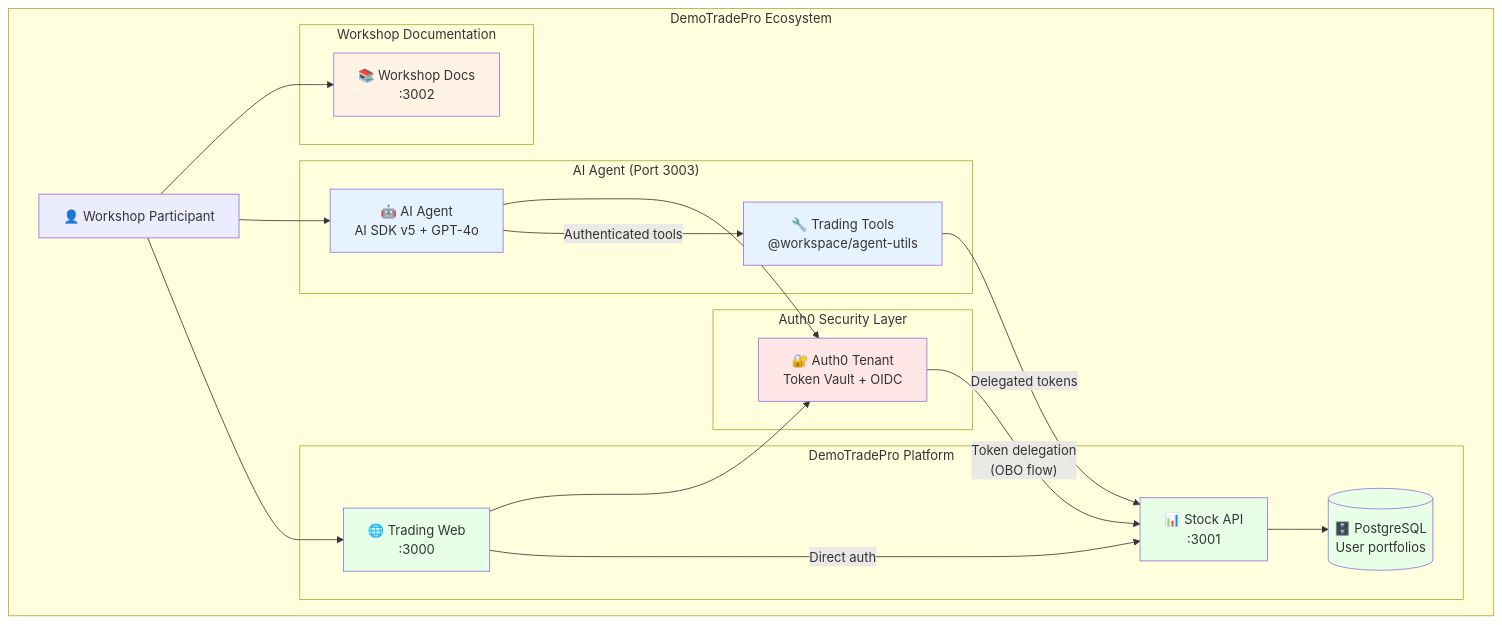
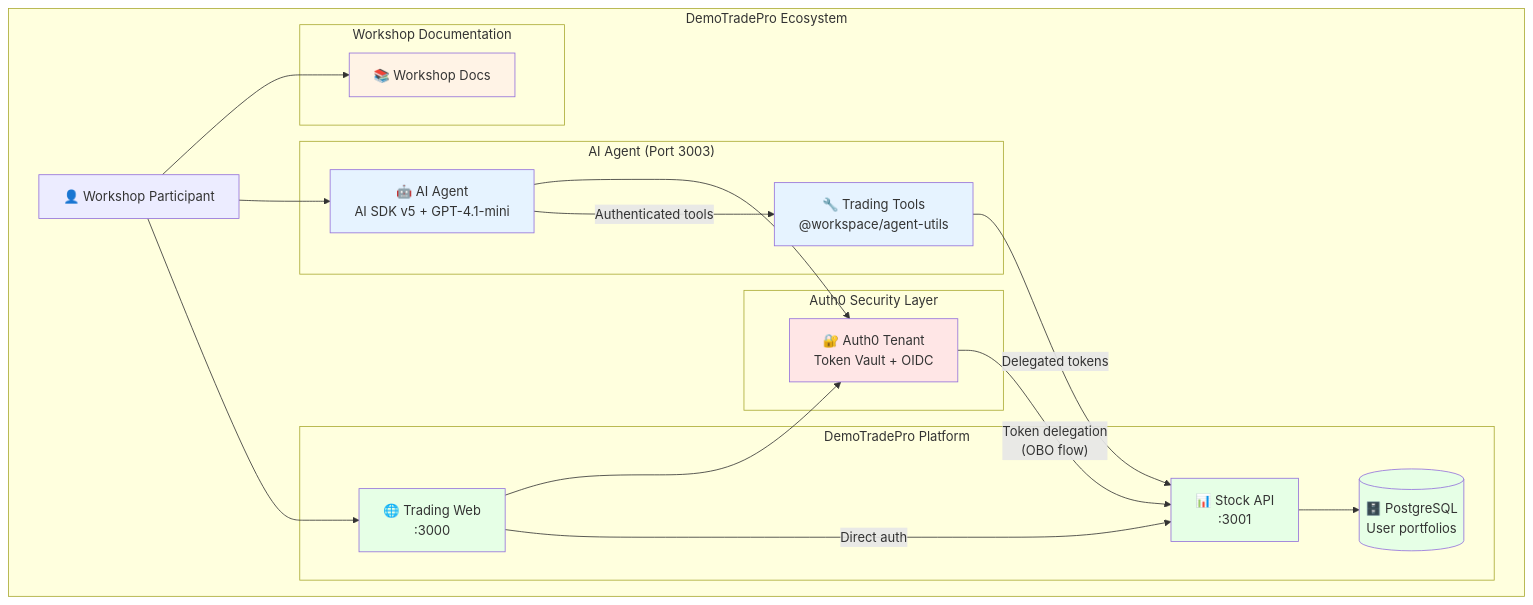
Before and after one commit to priley86/demo-trade-pro-public: the diagram in apps/docs/app/page.mdx, drawn with Mermaid. The commit also changed other lines of this file and 13 other files, not shown here.

````diff
--- a/apps/docs/app/page.mdx
+++ b/apps/docs/app/page.mdx
@@ -9,49 +42,49 @@
 ```mermaid
 graph TB
     subgraph "DemoTradePro Ecosystem"
         User[👤 Workshop Participant]
         
         subgraph "Auth0 Security Layer"
             Auth0[🔐 Auth0 Tenant<br/>Token Vault + OIDC]
         end
         
         subgraph "AI Agent (Port 3003)"
-            Agent[🤖 AI Agent<br/>AI SDK v5 + GPT-4o]
+            Agent[🤖 AI Agent<br/>AI SDK v5 + GPT-4.1-mini]
             Tools[🔧 Trading Tools<br/>@workspace/agent-utils]
         end
         
         subgraph "DemoTradePro Platform"
             Web[🌐 Trading Web<br/>:3000]
             API[📊 Stock API<br/>:3001]
             DB[(🗄️ PostgreSQL<br/>User portfolios)]
         end
         
         subgraph "Workshop Documentation"
-            Docs[📚 Workshop Docs<br/>:3002]
+            Docs[📚 Workshop Docs]
         end
     end
     
     User --> Docs
     User --> Agent
     User --> Web
     
     Agent --> Auth0
     Web --> Auth0
     
     Auth0 --> |"Token delegation<br/>(OBO flow)"| API
     Agent --> |"Authenticated tools"| Tools
     Tools --> |"Delegated tokens"| API
     Web --> |"Direct auth"| API
     
     API --> DB
     
     classDef security fill:#ffe6e6
     classDef agent fill:#e6f3ff
     classDef platform fill:#e6ffe6
     classDef docs fill:#fff3e6
     
     class Auth0 security
     class Agent,Tools agent
     class Web,API,DB platform
     class Docs docs
 ```
````
